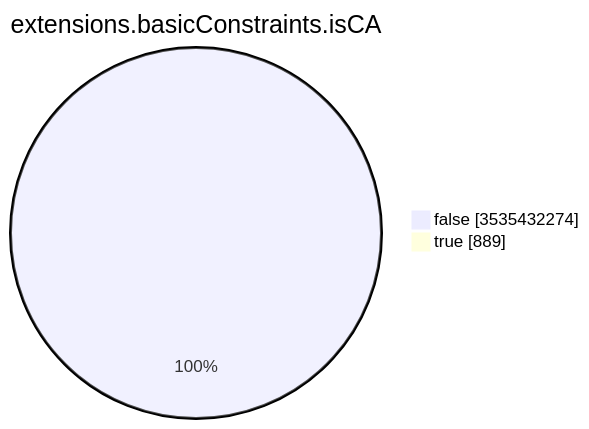
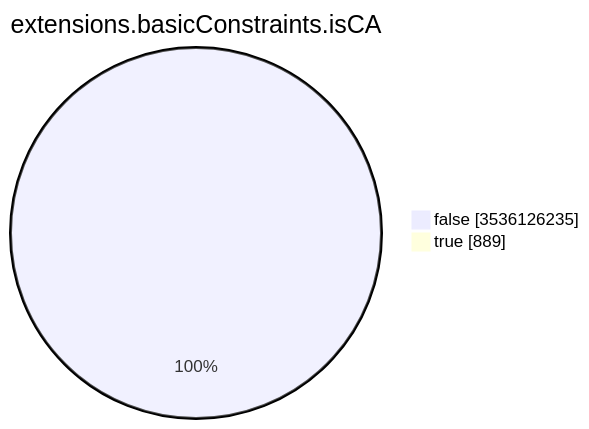
One commit to christiankrug/ctmonitor_visualization changed the seventh of 15 diagrams in TOTAL/README.md. Above: the diagram before and after it, drawn with Mermaid. The commit also changed other lines of this file, not shown here.

````diff
--- a/TOTAL/README.md
+++ b/TOTAL/README.md
@@ -3094,6 +3094,6 @@
 ```mermaid
 pie showData
 title extensions.basicConstraints.isCA
-"false" :3535432274
+"false" :3536126235
 "true" :889
 ```
````
